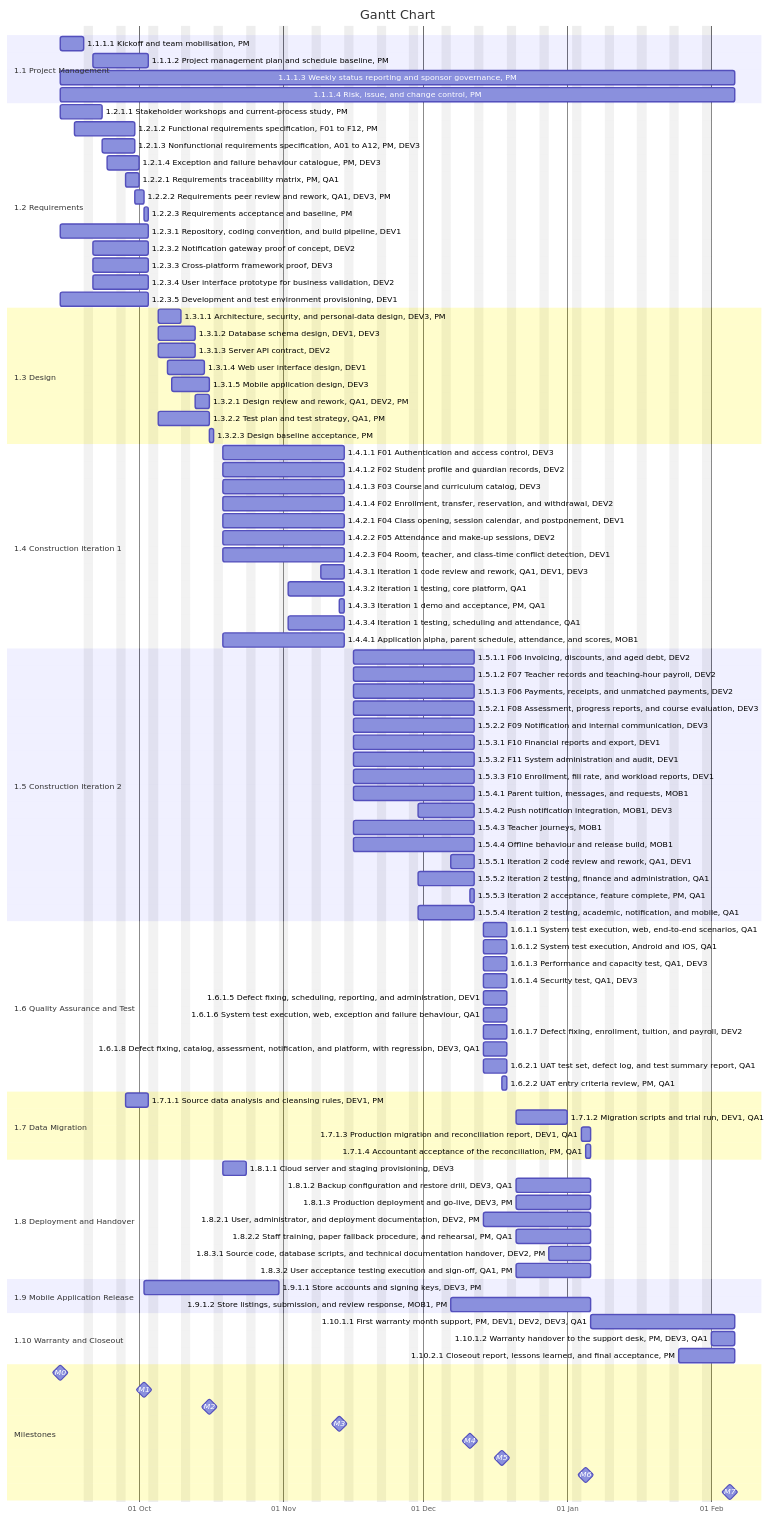
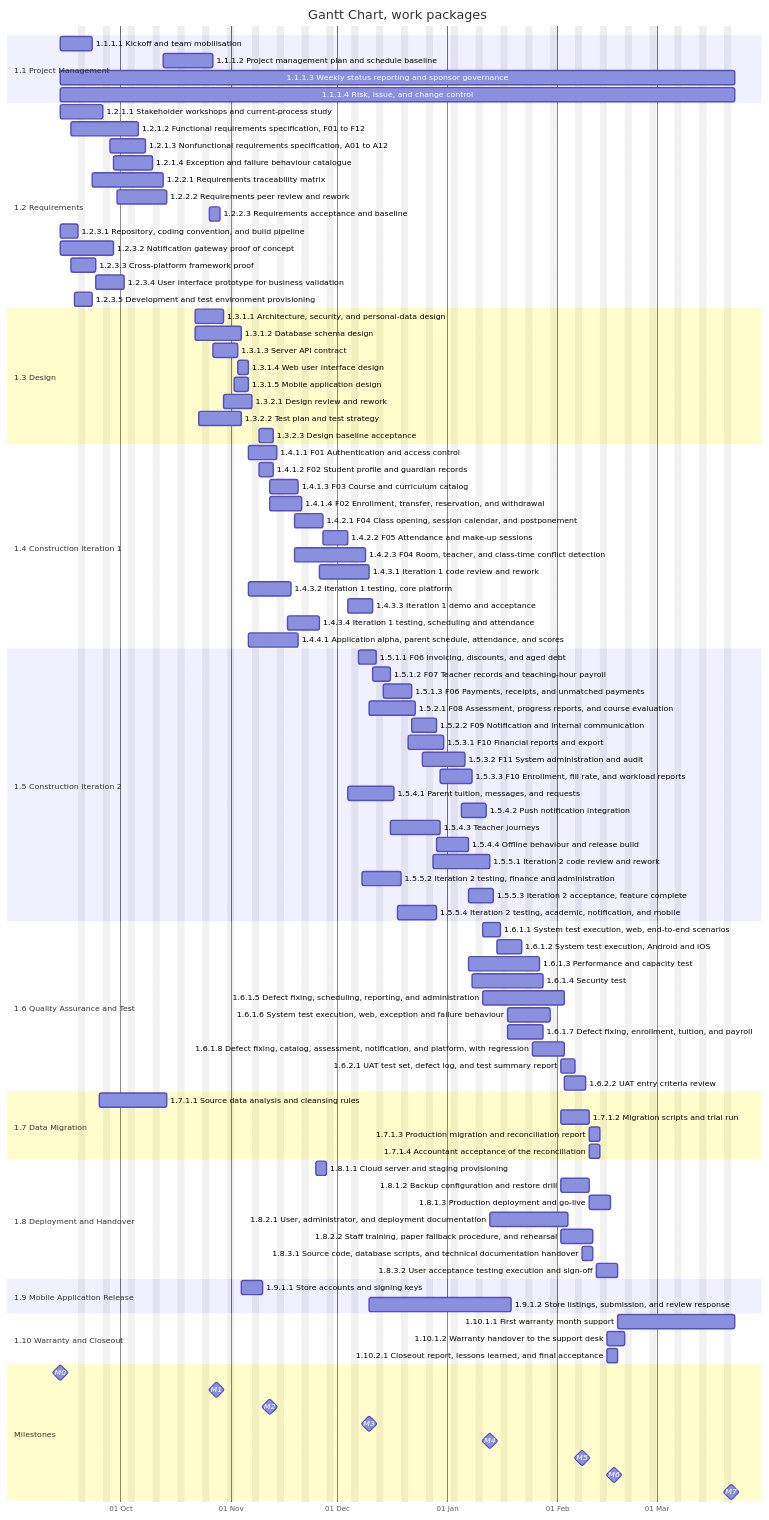
One commit to VattenL/qldapm changed the diagram in docs/forms/2-18-project-schedule.en.md. Above: the diagram before and after it, drawn with Mermaid. The commit also changed other lines of this file and 10 other files, not shown here.

````diff
--- a/docs/forms/2-18-project-schedule.en.md
+++ b/docs/forms/2-18-project-schedule.en.md
@@ -149,104 +346,104 @@
 ```mermaid
 gantt
-    title Gantt Chart
+    title Gantt Chart, work packages
     dateFormat YYYY-MM-DD
     axisFormat %d %b
     excludes weekends
     section 1.1 Project Management
-    1.1.1.1 Kickoff and team mobilisation, PM :2026-09-14, 2026-09-19
-    1.1.1.2 Project management plan and schedule baseline, PM :2026-09-21, 2026-10-03
-    1.1.1.3 Weekly status reporting and sponsor governance, PM :2026-09-14, 2027-02-06
-    1.1.1.4 Risk, issue, and change control, PM :2026-09-14, 2027-02-06
+    1.1.1.1 Kickoff and team mobilisation :2026-09-14, 2026-09-23
+    1.1.1.2 Project management plan and schedule baseline :2026-10-13, 2026-10-27
+    1.1.1.3 Weekly status reporting and sponsor governance :2026-09-14, 2027-03-23
+    1.1.1.4 Risk, issue, and change control :2026-09-14, 2027-03-23
     section 1.2 Requirements
-    1.2.1.1 Stakeholder workshops and current-process study, PM :2026-09-14, 2026-09-23
-    1.2.1.2 Functional requirements specification, F01 to F12, PM :2026-09-17, 2026-09-30
-    1.2.1.3 Nonfunctional requirements specification, A01 to A12, PM, DEV3 :2026-09-23, 2026-09-30
-    1.2.1.4 Exception and failure behaviour catalogue, PM, DEV3 :2026-09-24, 2026-10-01
-    1.2.2.1 Requirements traceability matrix, PM, QA1 :2026-09-28, 2026-10-01
-    1.2.2.2 Requirements peer review and rework, QA1, DEV3, PM :2026-09-30, 2026-10-02
-    1.2.2.3 Requirements acceptance and baseline, PM :2026-10-02, 2026-10-03
-    1.2.3.1 Repository, coding convention, and build pipeline, DEV1 :2026-09-14, 2026-10-03
-    1.2.3.2 Notification gateway proof of concept, DEV2 :2026-09-21, 2026-10-03
-    1.2.3.3 Cross-platform framework proof, DEV3 :2026-09-21, 2026-10-03
-    1.2.3.4 User interface prototype for business validation, DEV2 :2026-09-21, 2026-10-03
-    1.2.3.5 Development and test environment provisioning, DEV1 :2026-09-14, 2026-10-03
+    1.2.1.1 Stakeholder workshops and current-process study :2026-09-14, 2026-09-26
+    1.2.1.2 Functional requirements specification, F01 to F12 :2026-09-17, 2026-10-06
+    1.2.1.3 Nonfunctional requirements specification, A01 to A12 :2026-09-28, 2026-10-08
+    1.2.1.4 Exception and failure behaviour catalogue :2026-09-29, 2026-10-10
+    1.2.2.1 Requirements traceability matrix :2026-09-23, 2026-10-13
+    1.2.2.2 Requirements peer review and rework :2026-09-30, 2026-10-14
+    1.2.2.3 Requirements acceptance and baseline :2026-10-26, 2026-10-29
+    1.2.3.1 Repository, coding convention, and build pipeline :2026-09-14, 2026-09-19
+    1.2.3.2 Notification gateway proof of concept :2026-09-14, 2026-09-29
+    1.2.3.3 Cross-platform framework proof :2026-09-17, 2026-09-24
+    1.2.3.4 User interface prototype for business validation :2026-09-24, 2026-10-02
+    1.2.3.5 Development and test environment provisioning :2026-09-18, 2026-09-23
     section 1.3 Design
-    1.3.1.1 Architecture, security, and personal-data design, DEV3, PM :2026-10-05, 2026-10-10
-    1.3.1.2 Database schema design, DEV1, DEV3 :2026-10-05, 2026-10-13
-    1.3.1.3 Server API contract, DEV2 :2026-10-05, 2026-10-13
-    1.3.1.4 Web user interface design, DEV1 :2026-10-07, 2026-10-15
-    1.3.1.5 Mobile application design, DEV3 :2026-10-08, 2026-10-16
-    1.3.2.1 Design review and rework, QA1, DEV2, PM :2026-10-13, 2026-10-16
-    1.3.2.2 Test plan and test strategy, QA1, PM :2026-10-05, 2026-10-16
-    1.3.2.3 Design baseline acceptance, PM :2026-10-16, 2026-10-17
+    1.3.1.1 Architecture, security, and personal-data design :2026-10-22, 2026-10-30
+    1.3.1.2 Database schema design :2026-10-22, 2026-11-04
+    1.3.1.3 Server API contract :2026-10-27, 2026-11-03
+    1.3.1.4 Web user interface design :2026-11-03, 2026-11-06
+    1.3.1.5 Mobile application design :2026-11-02, 2026-11-06
+    1.3.2.1 Design review and rework :2026-10-30, 2026-11-07
+    1.3.2.2 Test plan and test strategy :2026-10-23, 2026-11-04
+    1.3.2.3 Design baseline acceptance :2026-11-09, 2026-11-13
     section 1.4 Construction Iteration 1
-    1.4.1.1 F01 Authentication and access control, DEV3 :2026-10-19, 2026-11-14
-    1.4.1.2 F02 Student profile and guardian records, DEV2 :2026-10-19, 2026-11-14
-    1.4.1.3 F03 Course and curriculum catalog, DEV3 :2026-10-19, 2026-11-14
-    1.4.1.4 F02 Enrollment, transfer, reservation, and withdrawal, DEV2 :2026-10-19, 2026-11-14
-    1.4.2.1 F04 Class opening, session calendar, and postponement, DEV1 :2026-10-19, 2026-11-14
-    1.4.2.2 F05 Attendance and make-up sessions, DEV2 :2026-10-19, 2026-11-14
-    1.4.2.3 F04 Room, teacher, and class-time conflict detection, DEV1 :2026-10-19, 2026-11-14
-    1.4.3.1 Iteration 1 code review and rework, QA1, DEV1, DEV3 :2026-11-09, 2026-11-14
-    1.4.3.2 Iteration 1 testing, core platform, QA1 :2026-11-02, 2026-11-14
-    1.4.3.3 Iteration 1 demo and acceptance, PM, QA1 :2026-11-13, 2026-11-14
-    1.4.3.4 Iteration 1 testing, scheduling and attendance, QA1 :2026-11-02, 2026-11-14
-    1.4.4.1 Application alpha, parent schedule, attendance, and scores, MOB1 :2026-10-19, 2026-11-14
+    1.4.1.1 F01 Authentication and access control :2026-11-06, 2026-11-14
+    1.4.1.2 F02 Student profile and guardian records :2026-11-09, 2026-11-13
+    1.4.1.3 F03 Course and curriculum catalog :2026-11-12, 2026-11-20
+    1.4.1.4 F02 Enrollment, transfer, reservation, and withdrawal :2026-11-12, 2026-11-21
+    1.4.2.1 F04 Class opening, session calendar, and postponement :2026-11-19, 2026-11-27
+    1.4.2.2 F05 Attendance and make-up sessions :2026-11-27, 2026-12-04
+    1.4.2.3 F04 Room, teacher, and class-time conflict detection :2026-11-19, 2026-12-09
+    1.4.3.1 Iteration 1 code review and rework :2026-11-26, 2026-12-10
+    1.4.3.2 Iteration 1 testing, core platform :2026-11-06, 2026-11-18
+    1.4.3.3 Iteration 1 demo and acceptance :2026-12-04, 2026-12-11
+    1.4.3.4 Iteration 1 testing, scheduling and attendance :2026-11-17, 2026-11-26
+    1.4.4.1 Application alpha, parent schedule, attendance, and scores :2026-11-06, 2026-11-20
     section 1.5 Construction Iteration 2
-    1.5.1.1 F06 Invoicing, discounts, and aged debt, DEV2 :2026-11-16, 2026-12-12
-    1.5.1.2 F07 Teacher records and teaching-hour payroll, DEV2 :2026-11-16, 2026-12-12
-    1.5.1.3 F06 Payments, receipts, and unmatched payments, DEV2 :2026-11-16, 2026-12-12
-    1.5.2.1 F08 Assessment, progress reports, and course evaluation, DEV3 :2026-11-16, 2026-12-12
-    1.5.2.2 F09 Notification and internal communication, DEV3 :2026-11-16, 2026-12-12
-    1.5.3.1 F10 Financial reports and export, DEV1 :2026-11-16, 2026-12-12
-    1.5.3.2 F11 System administration and audit, DEV1 :2026-11-16, 2026-12-12
-    1.5.3.3 F10 Enrollment, fill rate, and workload reports, DEV1 :2026-11-16, 2026-12-12
-    1.5.4.1 Parent tuition, messages, and requests, MOB1 :2026-11-16, 2026-12-12
-    1.5.4.2 Push notification integration, MOB1, DEV3 :2026-11-30, 2026-12-12
-    1.5.4.3 Teacher journeys, MOB1 :2026-11-16, 2026-12-12
-    1.5.4.4 Offline behaviour and release build, MOB1 :2026-11-16, 2026-12-12
-    1.5.5.1 Iteration 2 code review and rework, QA1, DEV1 :2026-12-07, 2026-12-12
-    1.5.5.2 Iteration 2 testing, finance and administration, QA1 :2026-11-30, 2026-12-12
-    1.5.5.3 Iteration 2 acceptance, feature complete, PM, QA1 :2026-12-11, 2026-12-12
-    1.5.5.4 Iteration 2 testing, academic, notification, and mobile, QA1 :2026-11-30, 2026-12-12
+    1.5.1.1 F06 Invoicing, discounts, and aged debt :2026-12-07, 2026-12-12
+    1.5.1.2 F07 Teacher records and teaching-hour payroll :2026-12-11, 2026-12-16
+    1.5.1.3 F06 Payments, receipts, and unmatched payments :2026-12-14, 2026-12-22
+    1.5.2.1 F08 Assessment, progress reports, and course evaluation :2026-12-10, 2026-12-23
+    1.5.2.2 F09 Notification and internal communication :2026-12-22, 2026-12-29
+    1.5.3.1 F10 Financial reports and export :2026-12-21, 2026-12-31
+    1.5.3.2 F11 System administration and audit :2026-12-25, 2027-01-06
+    1.5.3.3 F10 Enrollment, fill rate, and workload reports :2026-12-30, 2027-01-08
+    1.5.4.1 Parent tuition, messages, and requests :2026-12-04, 2026-12-17
+    1.5.4.2 Push notification integration :2027-01-05, 2027-01-12
+    1.5.4.3 Teacher journeys :2026-12-16, 2026-12-30
+    1.5.4.4 Offline behaviour and release build :2026-12-29, 2027-01-07
+    1.5.5.1 Iteration 2 code review and rework :2026-12-28, 2027-01-13
+    1.5.5.2 Iteration 2 testing, finance and administration :2026-12-08, 2026-12-19
+    1.5.5.3 Iteration 2 acceptance, feature complete :2027-01-07, 2027-01-14
+    1.5.5.4 Iteration 2 testing, academic, notification, and mobile :2026-12-18, 2026-12-29
     section 1.6 Quality Assurance and Test
-    1.6.1.1 System test execution, web, end-to-end scenarios, QA1 :2026-12-14, 2026-12-19
-    1.6.1.2 System test execution, Android and iOS, QA1 :2026-12-14, 2026-12-19
-    1.6.1.3 Performance and capacity test, QA1, DEV3 :2026-12-14, 2026-12-19
-    1.6.1.4 Security test, QA1, DEV3 :2026-12-14, 2026-12-19
-    1.6.1.5 Defect fixing, scheduling, reporting, and administration, DEV1 :2026-12-14, 2026-12-19
-    1.6.1.6 System test execution, web, exception and failure behaviour, QA1 :2026-12-14, 2026-12-19
-    1.6.1.7 Defect fixing, enrollment, tuition, and payroll, DEV2 :2026-12-14, 2026-12-19
-    1.6.1.8 Defect fixing, catalog, assessment, notification, and platform, with regression, DEV3, QA1 :2026-12-14, 2026-12-19
-    1.6.2.1 UAT test set, defect log, and test summary report, QA1 :2026-12-14, 2026-12-19
-    1.6.2.2 UAT entry criteria review, PM, QA1 :2026-12-18, 2026-12-19
+    1.6.1.1 System test execution, web, end-to-end scenarios :2027-01-11, 2027-01-16
+    1.6.1.2 System test execution, Android and iOS :2027-01-15, 2027-01-22
+    1.6.1.3 Performance and capacity test :2027-01-07, 2027-01-27
+    1.6.1.4 Security test :2027-01-08, 2027-01-28
+    1.6.1.5 Defect fixing, scheduling, reporting, and administration :2027-01-11, 2027-02-03
+    1.6.1.6 System test execution, web, exception and failure behaviour :2027-01-18, 2027-01-30
+    1.6.1.7 Defect fixing, enrollment, tuition, and payroll :2027-01-18, 2027-01-28
+    1.6.1.8 Defect fixing, catalog, assessment, notification, and platform, with regression :2027-01-25, 2027-02-03
+    1.6.2.1 UAT test set, defect log, and test summary report :2027-02-02, 2027-02-06
+    1.6.2.2 UAT entry criteria review :2027-02-03, 2027-02-09
     section 1.7 Data Migration
-    1.7.1.1 Source data analysis and cleansing rules, DEV1, PM :2026-09-28, 2026-10-03
-    1.7.1.2 Migration scripts and trial run, DEV1, QA1 :2026-12-21, 2027-01-01
-    1.7.1.3 Production migration and reconciliation report, DEV1, QA1 :2027-01-04, 2027-01-06
-    1.7.1.4 Accountant acceptance of the reconciliation, PM, QA1 :2027-01-05, 2027-01-06
+    1.7.1.1 Source data analysis and cleansing rules :2026-09-25, 2026-10-14
+    1.7.1.2 Migration scripts and trial run :2027-02-02, 2027-02-10
+    1.7.1.3 Production migration and reconciliation report :2027-02-10, 2027-02-13
+    1.7.1.4 Accountant acceptance of the reconciliation :2027-02-10, 2027-02-13
     section 1.8 Deployment and Handover
-    1.8.1.1 Cloud server and staging provisioning, DEV3 :2026-10-19, 2026-10-24
-    1.8.1.2 Backup configuration and restore drill, DEV3, QA1 :2026-12-21, 2027-01-06
-    1.8.1.3 Production deployment and go-live, DEV3, PM :2026-12-21, 2027-01-06
-    1.8.2.1 User, administrator, and deployment documentation, DEV2, PM :2026-12-14, 2027-01-06
-    1.8.2.2 Staff training, paper fallback procedure, and rehearsal, PM, QA1 :2026-12-21, 2027-01-06
-    1.8.3.1 Source code, database scripts, and technical documentation handover, DEV2, PM :2026-12-28, 2027-01-06
-    1.8.3.2 User acceptance testing execution and sign-off, QA1, PM :2026-12-21, 2027-01-06
+    1.8.1.1 Cloud server and staging provisioning :2026-11-25, 2026-11-28
+    1.8.1.2 Backup configuration and restore drill :2027-02-02, 2027-02-10
+    1.8.1.3 Production deployment and go-live :2027-02-10, 2027-02-16
+    1.8.2.1 User, administrator, and deployment documentation :2027-01-13, 2027-02-04
+    1.8.2.2 Staff training, paper fallback procedure, and rehearsal :2027-02-02, 2027-02-11
+    1.8.3.1 Source code, database scripts, and technical documentation handover :2027-02-08, 2027-02-11
+    1.8.3.2 User acceptance testing execution and sign-off :2027-02-12, 2027-02-18
     section 1.9 Mobile Application Release
-    1.9.1.1 Store accounts and signing keys, DEV3, PM :2026-10-02, 2026-10-31
-    1.9.1.2 Store listings, submission, and review response, MOB1, PM :2026-12-07, 2027-01-06
+    1.9.1.1 Store accounts and signing keys :2026-11-04, 2026-11-10
+    1.9.1.2 Store listings, submission, and review response :2026-12-10, 2027-01-19
     section 1.10 Warranty and Closeout
-    1.10.1.1 First warranty month support, PM, DEV1, DEV2, DEV3, QA1 :2027-01-06, 2027-02-06
-    1.10.1.2 Warranty handover to the support desk, PM, DEV3, QA1 :2027-02-01, 2027-02-06
-    1.10.2.1 Closeout report, lessons learned, and final acceptance, PM :2027-01-25, 2027-02-06
+    1.10.1.1 First warranty month support :2027-02-18, 2027-03-23
+    1.10.1.2 Warranty handover to the support desk :2027-02-15, 2027-02-20
+    1.10.2.1 Closeout report, lessons learned, and final acceptance :2027-02-15, 2027-02-18
     section Milestones
     M0 :milestone, 2026-09-14, 0d
-    M1 :milestone, 2026-10-02, 0d
-    M2 :milestone, 2026-10-16, 0d
-    M3 :milestone, 2026-11-13, 0d
-    M4 :milestone, 2026-12-11, 0d
-    M5 :milestone, 2026-12-18, 0d
-    M6 :milestone, 2027-01-05, 0d
-    M7 :milestone, 2027-02-05, 0d
+    M1 :milestone, 2026-10-28, 0d
+    M2 :milestone, 2026-11-12, 0d
+    M3 :milestone, 2026-12-10, 0d
+    M4 :milestone, 2027-01-13, 0d
+    M5 :milestone, 2027-02-08, 0d
+    M6 :milestone, 2027-02-17, 0d
+    M7 :milestone, 2027-03-22, 0d
 ```
````
